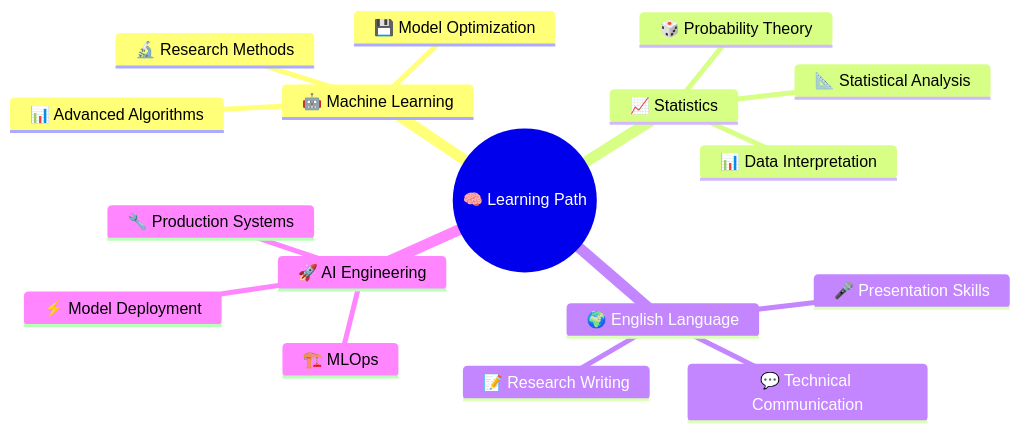
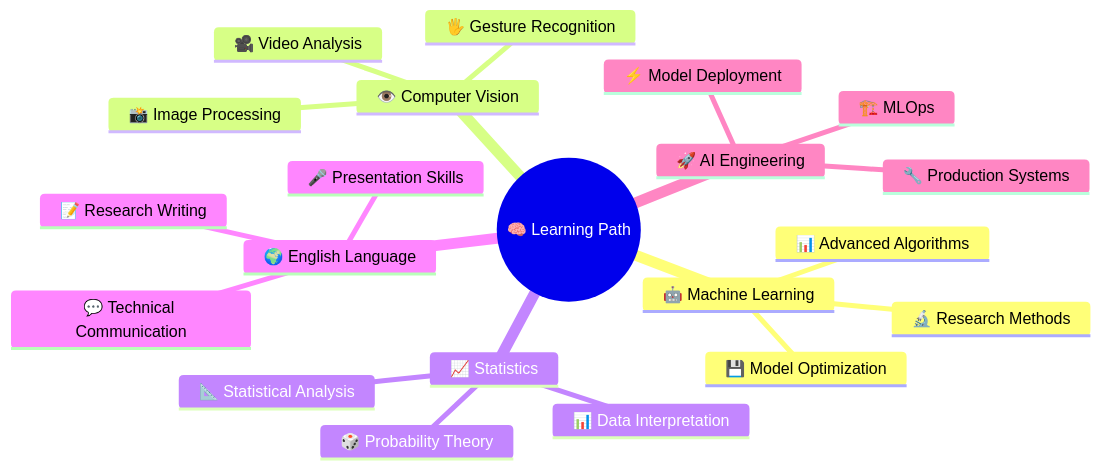
Before and after one commit to youseffahem/youseffahem: the diagram in README.md, drawn with Mermaid. The commit also changed other lines of this file, not shown here.

````diff
--- a/README.md
+++ b/README.md
@@ -307,20 +323,24 @@
 ```mermaid
 mindmap
   root((🧠 Learning Path))
     🤖 Machine Learning
       📊 Advanced Algorithms
       🔬 Research Methods
       💾 Model Optimization
+    👁️ Computer Vision
+      📸 Image Processing
+      🎥 Video Analysis
+      🖐️ Gesture Recognition
     📈 Statistics
       📐 Statistical Analysis
       🎲 Probability Theory
       📊 Data Interpretation
     🌍 English Language
       💬 Technical Communication
       📝 Research Writing
       🎤 Presentation Skills
     🚀 AI Engineering
       🏗️ MLOps
       ⚡ Model Deployment
       🔧 Production Systems
 ```
````
